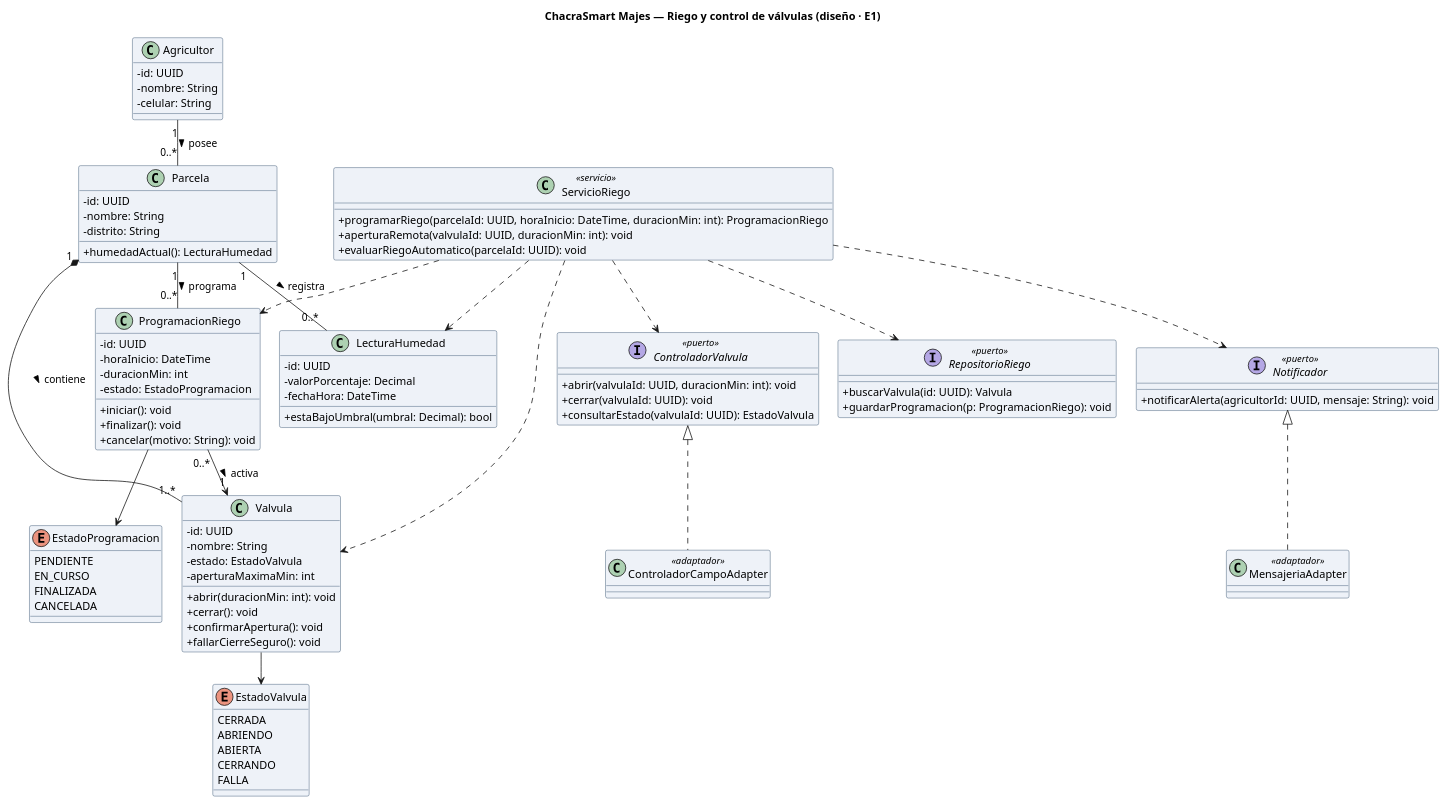
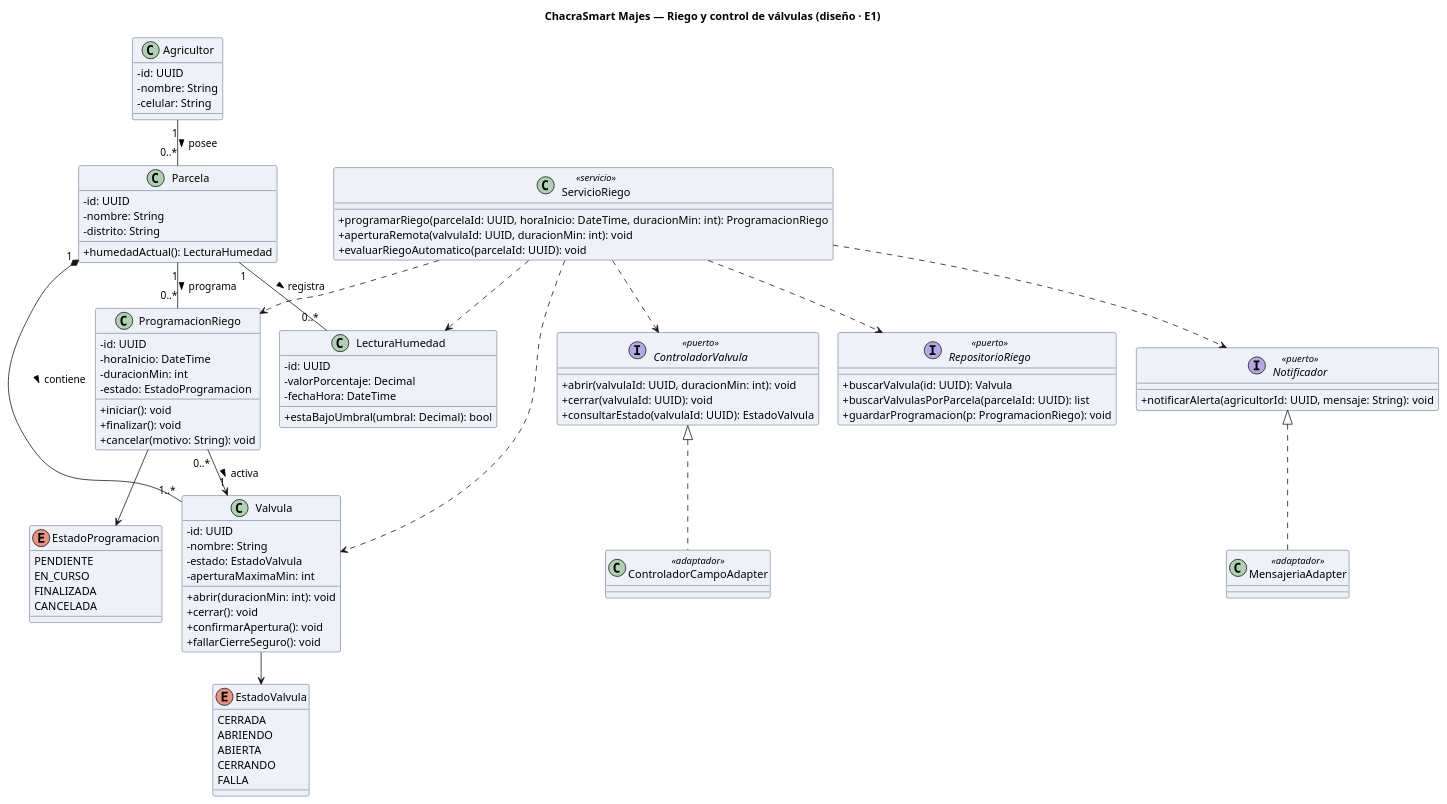
One commit to PauloQuen/cs-2026b-lab04--grupo04 changed the diagram in docs/design/clases.puml. Above: the diagram before and after it, drawn with PlantUML. The commit also changed 4 other files, not shown here.

```diff
--- a/docs/design/clases.puml
+++ b/docs/design/clases.puml
@@ -1,109 +1,110 @@
 @startuml clases-valvulas-riego
 skinparam classAttributeIconSize 0
 skinparam shadowing false
 skinparam defaultFontName Arial
 skinparam classBackgroundColor #EEF2F8
 skinparam classBorderColor #1A3A5C
 title ChacraSmart Majes — Riego y control de válvulas (diseño · E1)
 skinparam nodesep 25
 skinparam ranksep 40
 
 ' --- Actores y estructura del dominio (RF-03, RF-04) ---
 class Agricultor {
   - id: UUID
   - nombre: String
   - celular: String
 }
 class Parcela {
   - id: UUID
   - nombre: String
   - distrito: String
   + humedadActual(): LecturaHumedad
 }
 class Valvula {
   - id: UUID
   - nombre: String
   - estado: EstadoValvula
   - aperturaMaximaMin: int
   + abrir(duracionMin: int): void
   + cerrar(): void
   + confirmarApertura(): void
   + fallarCierreSeguro(): void
 }
 class ProgramacionRiego {
   - id: UUID
   - horaInicio: DateTime
   - duracionMin: int
   - estado: EstadoProgramacion
   + iniciar(): void
   + finalizar(): void
   + cancelar(motivo: String): void
 }
 class LecturaHumedad {
   - id: UUID
   - valorPorcentaje: Decimal
   - fechaHora: DateTime
   + estaBajoUmbral(umbral: Decimal): bool
 }
 
 ' --- Enumeraciones (coherentes con E3) ---
 enum EstadoValvula {
   CERRADA
   ABRIENDO
   ABIERTA
   CERRANDO
   FALLA
 }
 enum EstadoProgramacion {
   PENDIENTE
   EN_CURSO
   FINALIZADA
   CANCELADA
 }
 
 ' --- Servicio de aplicación ---
 class ServicioRiego <<servicio>> {
   + programarRiego(parcelaId: UUID, horaInicio: DateTime, duracionMin: int): ProgramacionRiego
   + aperturaRemota(valvulaId: UUID, duracionMin: int): void
   + evaluarRiegoAutomatico(parcelaId: UUID): void
 }
 
 ' --- Puertos (interfaces) hacia servicios externos y persistencia ---
 interface ControladorValvula <<puerto>> {
   + abrir(valvulaId: UUID, duracionMin: int): void
   + cerrar(valvulaId: UUID): void
   + consultarEstado(valvulaId: UUID): EstadoValvula
 }
 interface Notificador <<puerto>> {
   + notificarAlerta(agricultorId: UUID, mensaje: String): void
 }
 interface RepositorioRiego <<puerto>> {
   + buscarValvula(id: UUID): Valvula
+  + buscarValvulasPorParcela(parcelaId: UUID): list
   + guardarProgramacion(p: ProgramacionRiego): void
 }
 
 ' --- Adaptadores (ADR-001: integraciones externas detrás de puertos) ---
 class ControladorCampoAdapter <<adaptador>>
 class MensajeriaAdapter <<adaptador>>
 
 ' --- Relaciones con multiplicidad en ambos extremos (regla C3) ---
 Agricultor "1" -- "0..*" Parcela : posee >
 Parcela "1" *-- "1..*" Valvula : contiene >
 Parcela "1" -- "0..*" LecturaHumedad : registra >
 Parcela "1" -- "0..*" ProgramacionRiego : programa >
 ProgramacionRiego "0..*" --> "1" Valvula : activa >
 Valvula --> EstadoValvula
 ProgramacionRiego --> EstadoProgramacion
 
 ' --- Realización de puertos ---
 ControladorValvula <|.. ControladorCampoAdapter
 Notificador <|.. MensajeriaAdapter
 
 ' --- Dependencias del servicio (usa puertos, no implementaciones) ---
 ServicioRiego ..> ProgramacionRiego
 ServicioRiego ..> Valvula
 ServicioRiego ..> LecturaHumedad
 ServicioRiego ..> ControladorValvula
 ServicioRiego ..> Notificador
 ServicioRiego ..> RepositorioRiego
 @enduml
```
